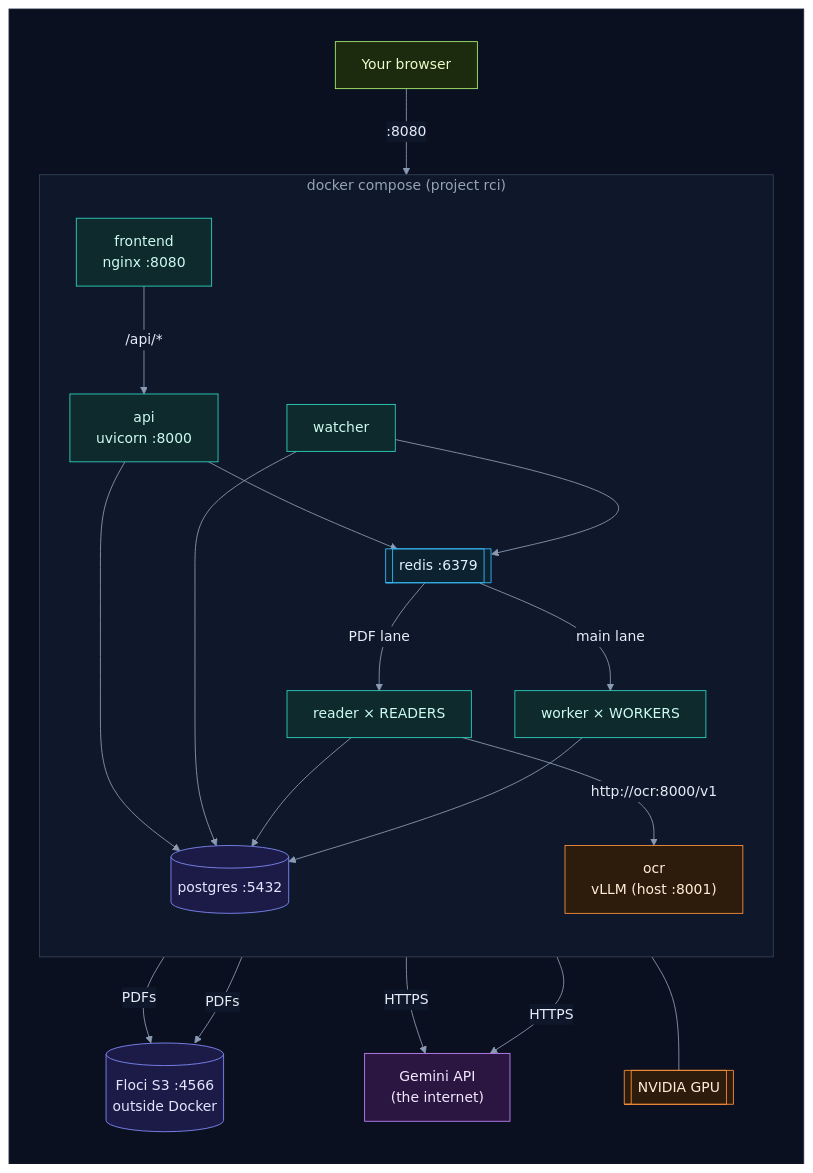
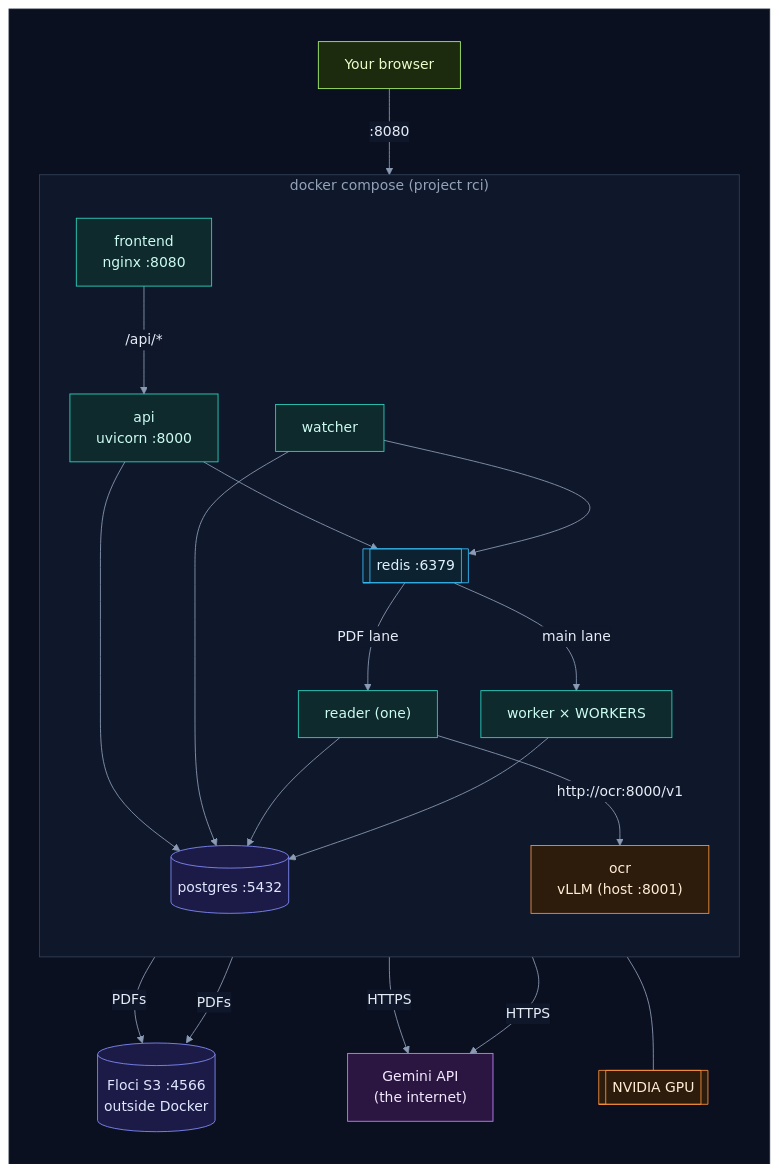
Before and after one commit to selvakumarperumal/Regulatory_Circular_Impact_Agent: the fourth of 56 diagrams in how_it_works.md, drawn with Mermaid. The commit also changed other lines of this file and 6 other files, not shown here.

Commit message:
Run exactly one reader so no PDF is read twice, and document the checks

````diff
--- a/how_it_works.md
+++ b/how_it_works.md
@@ -252,44 +252,44 @@
 ```mermaid
 %%{init: {"theme": "base", "flowchart": {"diagramPadding": 0}, "themeVariables": {"darkMode": true, "primaryColor": "#16213a", "primaryTextColor": "#e6edf7", "primaryBorderColor": "#475a7a", "lineColor": "#8b9bb4", "secondaryColor": "#1b2436", "tertiaryColor": "#101a2e", "edgeLabelBackground": "#0f172a", "textColor": "#e2e8f0", "clusterBkg": "#0f1728", "clusterBorder": "#2b3a55", "titleColor": "#c4b5fd", "nodeTextColor": "#e6edf7"}}}%%
 flowchart TD
     subgraph canvas[" "]
         direction TB
         B["Your browser"] -->|":8080"| FE
         subgraph compose["docker compose (project rci)"]
             direction TB
             FE["frontend<br/>nginx :8080"] -->|"/api/*"| API["api<br/>uvicorn :8000"]
             API --> PG[("postgres :5432")]
             API --> RD[["redis :6379"]]
             WA["watcher"] --> PG
             WA --> RD
-            RD -->|"PDF lane"| RE["reader × READERS"]
+            RD -->|"PDF lane"| RE["reader (one)"]
             RD -->|"main lane"| WK["worker × WORKERS"]
             RE --> PG
             WK --> PG
             RE -->|"http://ocr:8000/v1"| OC["ocr<br/>vLLM (host :8001)"]
         end
         WA -->|"PDFs"| FL[("Floci S3 :4566<br/>outside Docker")]
         RE -->|"PDFs"| FL
         RE -->|"HTTPS"| GEM["Gemini API<br/>(the internet)"]
         WK -->|"HTTPS"| GEM
         OC --- GPU[["NVIDIA GPU"]]
     end
     classDef svc fill:#0e2a2c,stroke:#2dd4bf,color:#ccfbf1
     classDef data fill:#1c1a47,stroke:#818cf8,color:#e0e7ff
     classDef ext fill:#2a1640,stroke:#c084fc,color:#f3e8ff
     classDef gpu fill:#2d1b0c,stroke:#fb923c,color:#ffedd5
     classDef ask fill:#2a2410,stroke:#fbbf24,color:#fef3c7
     classDef ok fill:#0b2a1c,stroke:#34d399,color:#d1fae5
     classDef bad fill:#2e0f17,stroke:#fb7185,color:#ffe4e6
     classDef start fill:#1c2a0e,stroke:#a7ef6f,color:#ecfccb
     classDef muted fill:#1a2130,stroke:#64748b,color:#cbd5e1
     classDef queue fill:#0c2231,stroke:#38bdf8,color:#e0f2fe
     class B start
     class FE,API,WA,RE,WK svc
     class PG,FL data
     class RD queue
     class GEM ext
     class OC,GPU gpu
     style compose fill:#0f172a,stroke:#334155,color:#94a3b8
     style canvas fill:#0b1020,stroke:#1e293b,color:#0b1020
 ```
````
